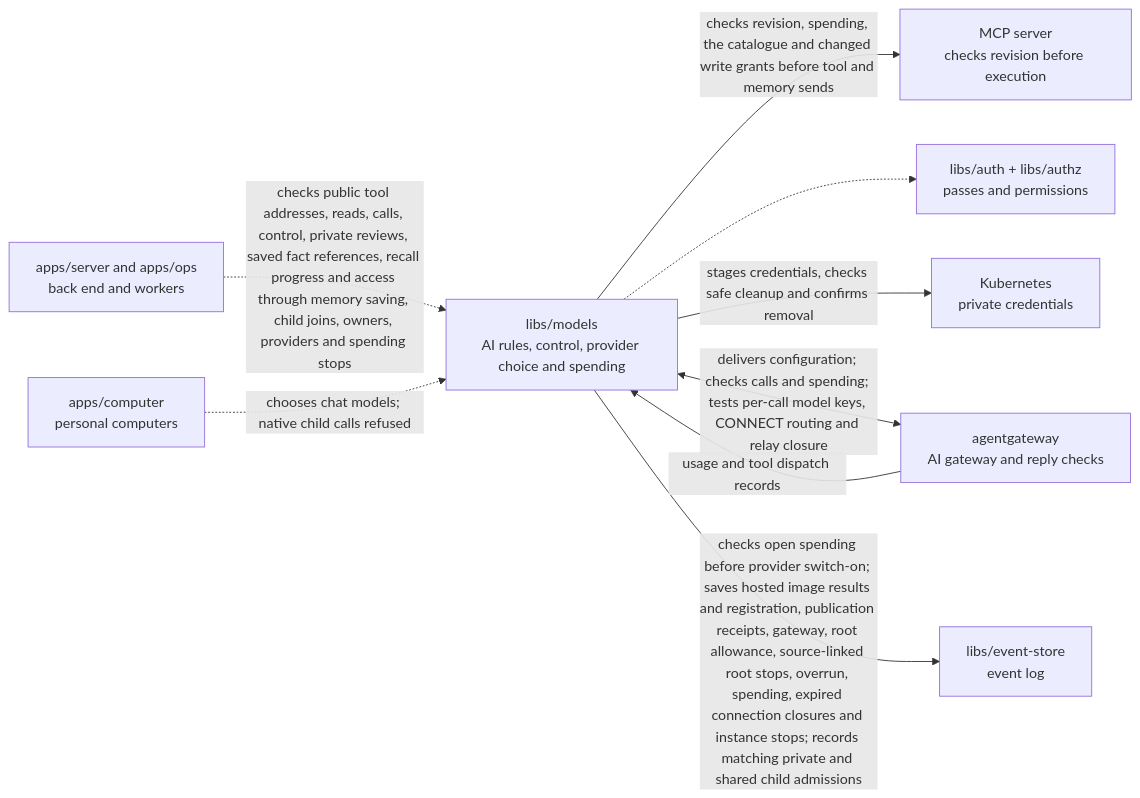
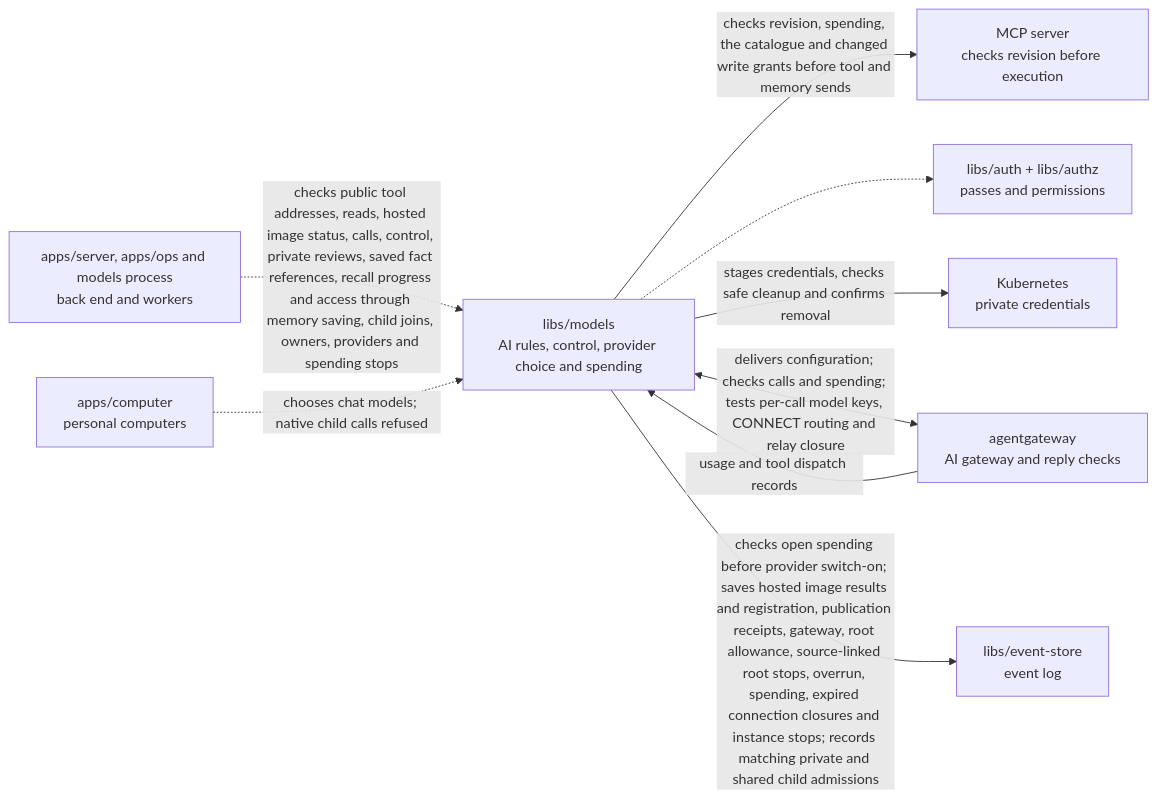
The diagram in libs/models/README.md (elewa-git/opencrane-new), drawn with Mermaid before and after one commit. The commit also changed other lines of this file and 7 other files, not shown here.

Commit message:
🔒 Keep hosted admission writes private to the models package

````diff
--- a/libs/models/README.md
+++ b/libs/models/README.md
@@ -14,11 +14,11 @@
 ```mermaid
 flowchart LR
-  server["apps/server and apps/ops<br/>back end and workers"] -.->|checks public tool addresses, reads, calls, control, private reviews, saved fact references, recall progress and access through memory saving, child joins, owners, providers and spending stops| models["libs/models<br/>AI rules, control, provider choice and spending"]
+  server["apps/server, apps/ops and models process<br/>back end and workers"] -.->|checks public tool addresses, reads, hosted image status, calls, control, private reviews, saved fact references, recall progress and access through memory saving, child joins, owners, providers and spending stops| models["libs/models<br/>AI rules, control, provider choice and spending"]
   models -->|checks revision, spending, the catalogue and changed write grants before tool and memory sends| mcp["MCP server<br/>checks revision before execution"]
   computer["apps/computer<br/>personal computers"] -.->|chooses chat models; native child calls refused| models
   models -.-> auth["libs/auth + libs/authz<br/>passes and permissions"]
   models -->|stages credentials, checks safe cleanup and confirms removal| custody["Kubernetes<br/>private credentials"]
   models <-->|delivers configuration; checks calls and spending; tests per-call model keys, CONNECT routing and relay closure| gateway["agentgateway<br/>AI gateway and reply checks"]
   gateway -->|usage and tool dispatch records| models
   models -->|checks open spending before provider switch-on; saves hosted image results and registration, publication receipts, gateway, root allowance, source-linked root stops, overrun, spending, expired connection closures and instance stops; records matching private and shared child admissions| store["libs/event-store<br/>event log"]
 ```
````
